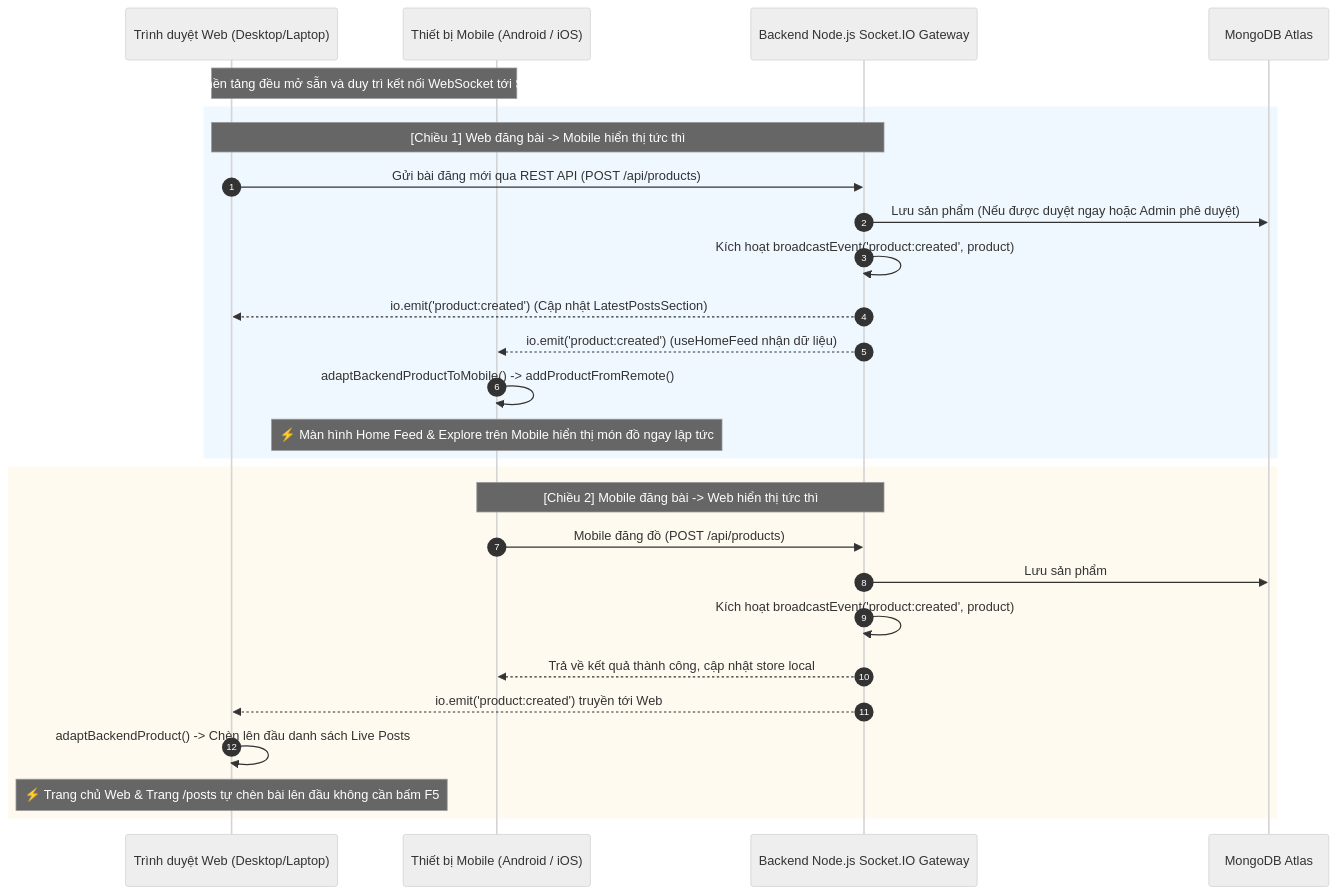
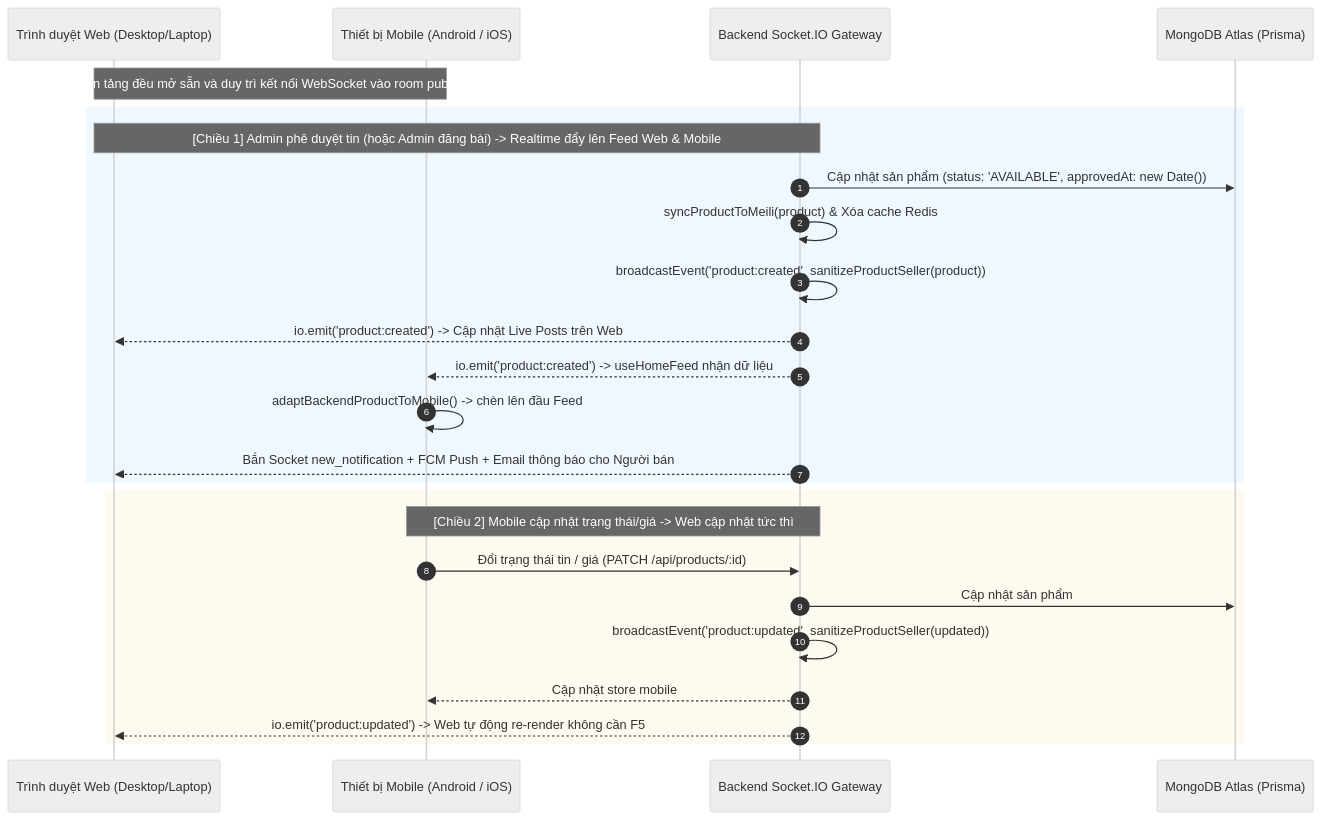
The fifth of 13 diagrams in PROJECT_FLOWS.md (phongnha230/Market_FU), drawn with Mermaid (neutral theme) before and after one commit. The commit also changed other lines of this file and 11 other files, not shown here.

````diff
--- a/PROJECT_FLOWS.md
+++ b/PROJECT_FLOWS.md
@@ -207,32 +193,30 @@
 ```mermaid
 sequenceDiagram
     autonumber
     participant WebUser as Trình duyệt Web (Desktop/Laptop)
     participant MobileUser as Thiết bị Mobile (Android / iOS)
-    participant Server as Backend Node.js Socket.IO Gateway
-    participant DB as MongoDB Atlas
+    participant Server as Backend Socket.IO Gateway
+    participant DB as MongoDB Atlas (Prisma)
 
-    Note over WebUser, MobileUser: Cả 2 nền tảng đều mở sẵn và duy trì kết nối WebSocket tới Server
+    Note over WebUser, MobileUser: Cả 2 nền tảng đều mở sẵn và duy trì kết nối WebSocket vào room public_feed
 
     rect rgb(240, 248, 255)
-    Note over WebUser, Server: [Chiều 1] Web đăng bài -> Mobile hiển thị tức thì
-    WebUser->>Server: Gửi bài đăng mới qua REST API (POST /api/products)
-    Server->>DB: Lưu sản phẩm (Nếu được duyệt ngay hoặc Admin phê duyệt)
-    Server->>Server: Kích hoạt broadcastEvent('product:created', product)
-    Server-->>WebUser: io.emit('product:created') (Cập nhật LatestPostsSection)
-    Server-->>MobileUser: io.emit('product:created') (useHomeFeed nhận dữ liệu)
-    MobileUser->>MobileUser: adaptBackendProductToMobile() -> addProductFromRemote()
-    Note over MobileUser: ⚡ Màn hình Home Feed & Explore trên Mobile hiển thị món đồ ngay lập tức
+    Note over WebUser, Server: [Chiều 1] Admin phê duyệt tin (hoặc Admin đăng bài) -> Realtime đẩy lên Feed Web & Mobile
+    Server->>DB: Cập nhật sản phẩm (status: 'AVAILABLE', approvedAt: new Date())
+    Server->>Server: syncProductToMeili(product) & Xóa cache Redis
+    Server->>Server: broadcastEvent('product:created', sanitizeProductSeller(product))
+    Server-->>WebUser: io.emit('product:created') -> Cập nhật Live Posts trên Web
+    Server-->>MobileUser: io.emit('product:created') -> useHomeFeed nhận dữ liệu
+    MobileUser->>MobileUser: adaptBackendProductToMobile() -> chèn lên đầu Feed
+    Server-->>WebUser: Bắn Socket new_notification + FCM Push + Email thông báo cho Người bán
     end
 
     rect rgb(255, 250, 240)
-    Note over MobileUser, Server: [Chiều 2] Mobile đăng bài -> Web hiển thị tức thì
-    MobileUser->>Server: Mobile đăng đồ (POST /api/products)
-    Server->>DB: Lưu sản phẩm
-    Server->>Server: Kích hoạt broadcastEvent('product:created', product)
-    Server-->>MobileUser: Trả về kết quả thành công, cập nhật store local
-    Server-->>WebUser: io.emit('product:created') truyền tới Web
-    WebUser->>WebUser: adaptBackendProduct() -> Chèn lên đầu danh sách Live Posts
-    Note over WebUser: ⚡ Trang chủ Web & Trang /posts tự chèn bài lên đầu không cần bấm F5
+    Note over MobileUser, Server: [Chiều 2] Mobile cập nhật trạng thái/giá -> Web cập nhật tức thì
+    MobileUser->>Server: Đổi trạng thái tin / giá (PATCH /api/products/:id)
+    Server->>DB: Cập nhật sản phẩm
+    Server->>Server: broadcastEvent('product:updated', sanitizeProductSeller(updated))
+    Server-->>MobileUser: Cập nhật store mobile
+    Server-->>WebUser: io.emit('product:updated') -> Web tự động re-render không cần F5
     end
 ```
````
